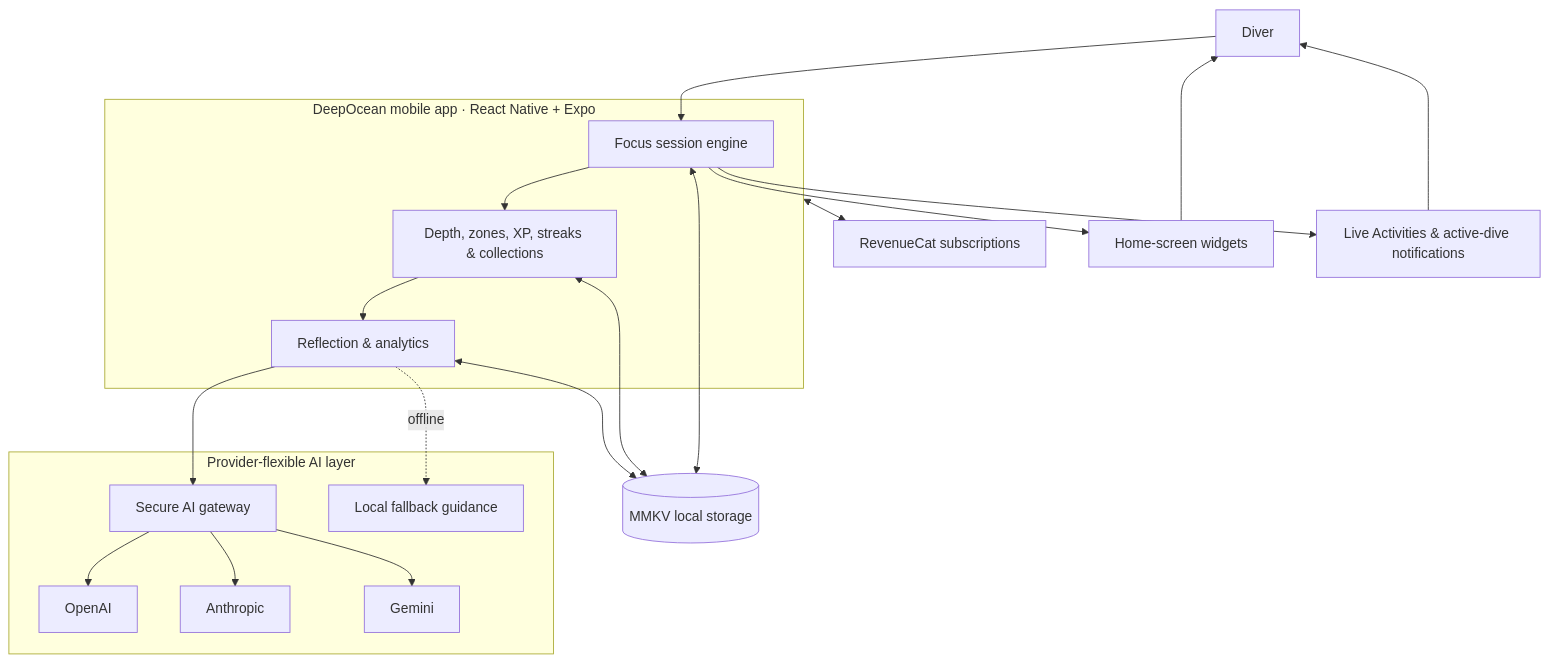
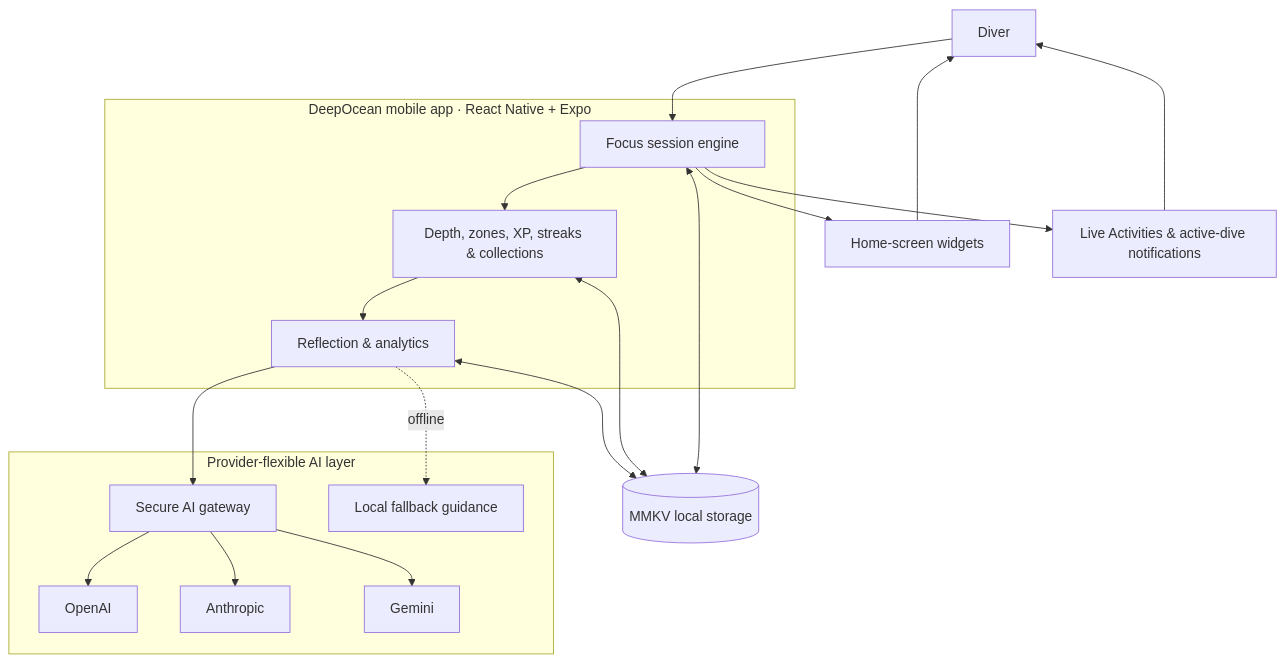
The diagram in README.md (tonyyph/DeepOcean-webapp), drawn with Mermaid before and after one commit. The commit also changed other lines of this file and 13 other files, not shown here.

````diff
--- a/README.md
+++ b/README.md
@@ -282,41 +279,39 @@
 ```mermaid
 flowchart TB
     User["Diver"]
 
     subgraph Mobile["DeepOcean mobile app · React Native + Expo"]
         Focus["Focus session engine"]
         Progress["Depth, zones, XP, streaks & collections"]
         Insights["Reflection & analytics"]
     end
 
     Storage[("MMKV local storage")]
 
     subgraph AI["Provider-flexible AI layer"]
         Router["Secure AI gateway"]
         OpenAI["OpenAI"]
         Anthropic["Anthropic"]
         Gemini["Gemini"]
         Fallback["Local fallback guidance"]
     end
 
-    RevenueCat["RevenueCat subscriptions"]
     Widgets["Home-screen widgets"]
     Live["Live Activities & active-dive notifications"]
 
     User --> Focus
     Focus --> Progress
     Progress --> Insights
     Focus <--> Storage
     Progress <--> Storage
     Insights <--> Storage
     Insights --> Router
     Router --> OpenAI
     Router --> Anthropic
     Router --> Gemini
     Insights -. offline .-> Fallback
-    Mobile <--> RevenueCat
     Focus --> Widgets
     Focus --> Live
     Widgets --> User
     Live --> User
 ```
````
